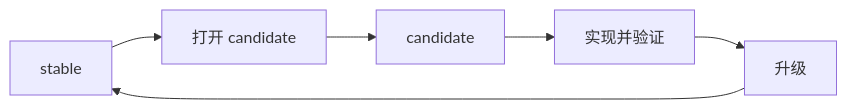
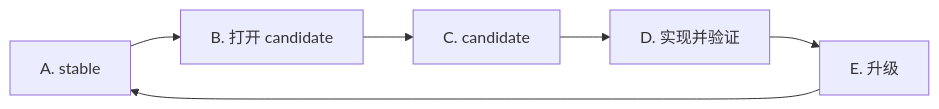
The second of 7 diagrams in README.zh-CN.md (mfblog/specflow), drawn with Mermaid before and after one commit. The commit also changed other lines of this file and 1 other file, not shown here.

````diff
--- a/README.zh-CN.md
+++ b/README.zh-CN.md
@@ -251,8 +337,8 @@
 ```mermaid
 flowchart LR
-    A["stable"] --> B["打开 candidate"]
-    B --> C["candidate"]
-    C --> D["实现并验证"]
-    D --> E["升级"]
+    A["A. stable"] --> B["B. 打开 candidate"]
+    B --> C["C. candidate"]
+    C --> D["D. 实现并验证"]
+    D --> E["E. 升级"]
     E --> A
 ```
````
